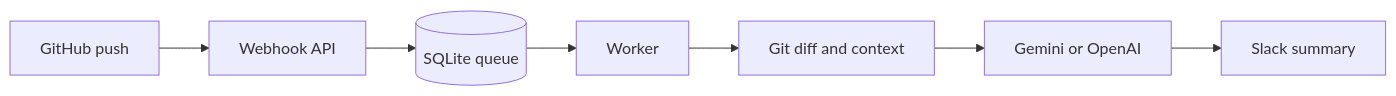
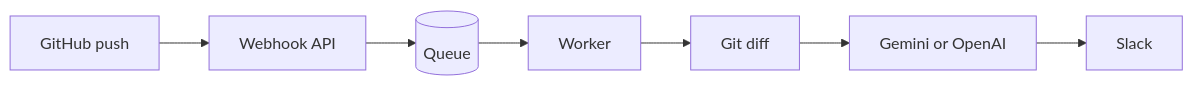
One commit to jvishwa-sqy/github-change-bot changed the diagram in README.md. Above: the diagram before and after it, drawn with Mermaid. The commit also changed other lines of this file and 3 other files, not shown here.

````diff
--- a/README.md
+++ b/README.md
@@ -9,9 +7,9 @@
 ```mermaid
 flowchart LR
     G[GitHub push] --> W[Webhook API]
-    W --> Q[(SQLite queue)]
+    W --> Q[(Queue)]
     Q --> R[Worker]
-    R --> D[Git diff and context]
-    D --> L[Gemini or OpenAI]
-    L --> S[Slack summary]
+    R --> D[Git diff]
+    D --> A[Gemini or OpenAI]
+    A --> S[Slack]
 ```
````
